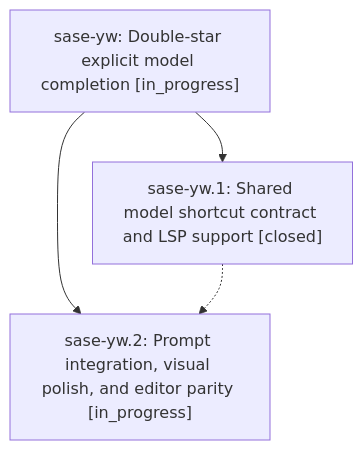
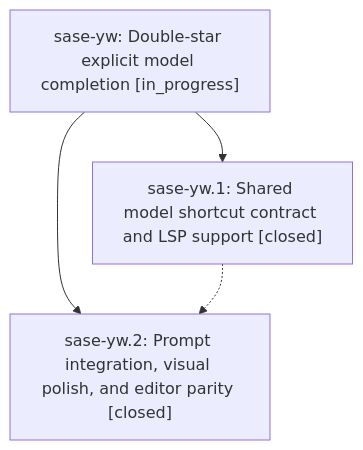
One commit to sase-org/sase--beads changed the diagram in pages/sase-yw/README.md. Above: the diagram before and after it, drawn with Mermaid. The commit also changed other lines of this file and 2 other files, not shown here.

First line of the commit message:
chore(beads): sync bead state and pages for sase-yw

````diff
--- a/pages/sase-yw/README.md
+++ b/pages/sase-yw/README.md
@@ -35,9 +35,9 @@
 ```mermaid
 flowchart TD
     n0["sase-yw: Double-star explicit model completion [in_progress]"]
     n1["sase-yw.1: Shared model shortcut contract and LSP support [closed]"]
-    n2["sase-yw.2: Prompt integration, visual polish, and editor parity [in_progress]"]
+    n2["sase-yw.2: Prompt integration, visual polish, and editor parity [closed]"]
     n0 --> n1
     n0 --> n2
     n1 -.-> n2
 ```
````
